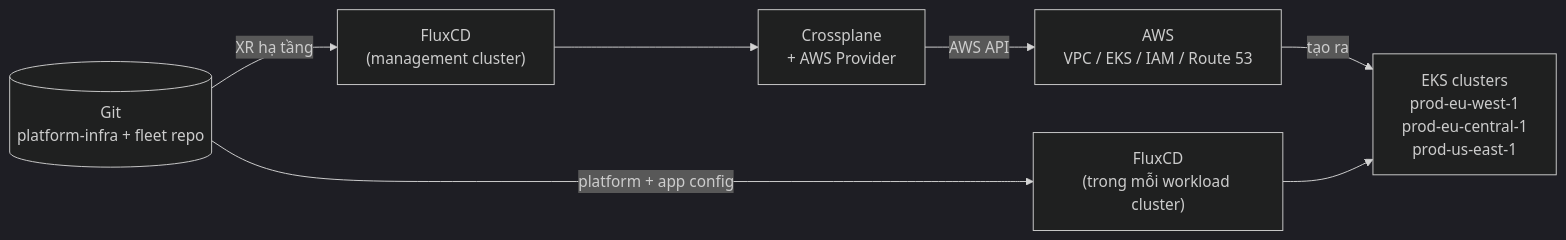
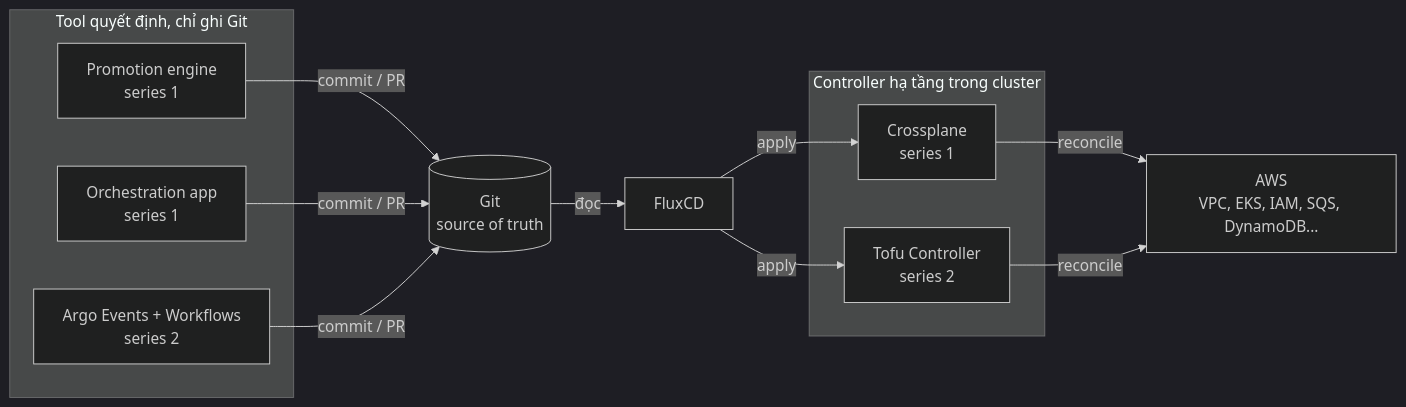
Before and after one commit to duynhlab/crossplane: the diagram in README.md, drawn with Mermaid (dark theme). The commit also changed other lines of this file and 13 other files, not shown here.

Commit message:
docs: add EKS SaaS GitOps series and tool decision guide

````diff
--- a/README.md
+++ b/README.md
@@ -9,12 +17,19 @@
 ```mermaid
 flowchart LR
-    Git[("Git<br/>platform-infra + fleet repo")]
-    FluxM["FluxCD<br/>(management cluster)"]
-    XP["Crossplane<br/>+ AWS Provider"]
-    AWS["AWS<br/>VPC / EKS / IAM / Route 53"]
-    EKS["EKS clusters<br/>prod-eu-west-1<br/>prod-eu-central-1<br/>prod-us-east-1"]
-    FluxW["FluxCD<br/>(trong mỗi workload cluster)"]
+    Git[("Git<br/>source of truth")]
+    Flux["FluxCD"]
+    subgraph infra["Controller hạ tầng trong cluster"]
+        XP["Crossplane<br/>series 1"]
+        TFC["Tofu Controller<br/>series 2"]
+    end
+    AWS["AWS<br/>VPC, EKS, IAM, SQS, DynamoDB..."]
+    subgraph decide["Tool quyết định, chỉ ghi Git"]
+        PE["Promotion engine<br/>series 1"]
+        ORCH["Orchestration app<br/>series 1"]
+        ARGO["Argo Events + Workflows<br/>series 2"]
+    end
 
-    Git -->|XR hạ tầng| FluxM --> XP -->|AWS API| AWS -->|tạo ra| EKS
-    Git -->|platform + app config| FluxW --> EKS
+    Git -->|đọc| Flux -->|apply| XP & TFC
+    XP & TFC -->|reconcile| AWS
+    PE & ORCH & ARGO -->|commit / PR| Git
 ```
````
